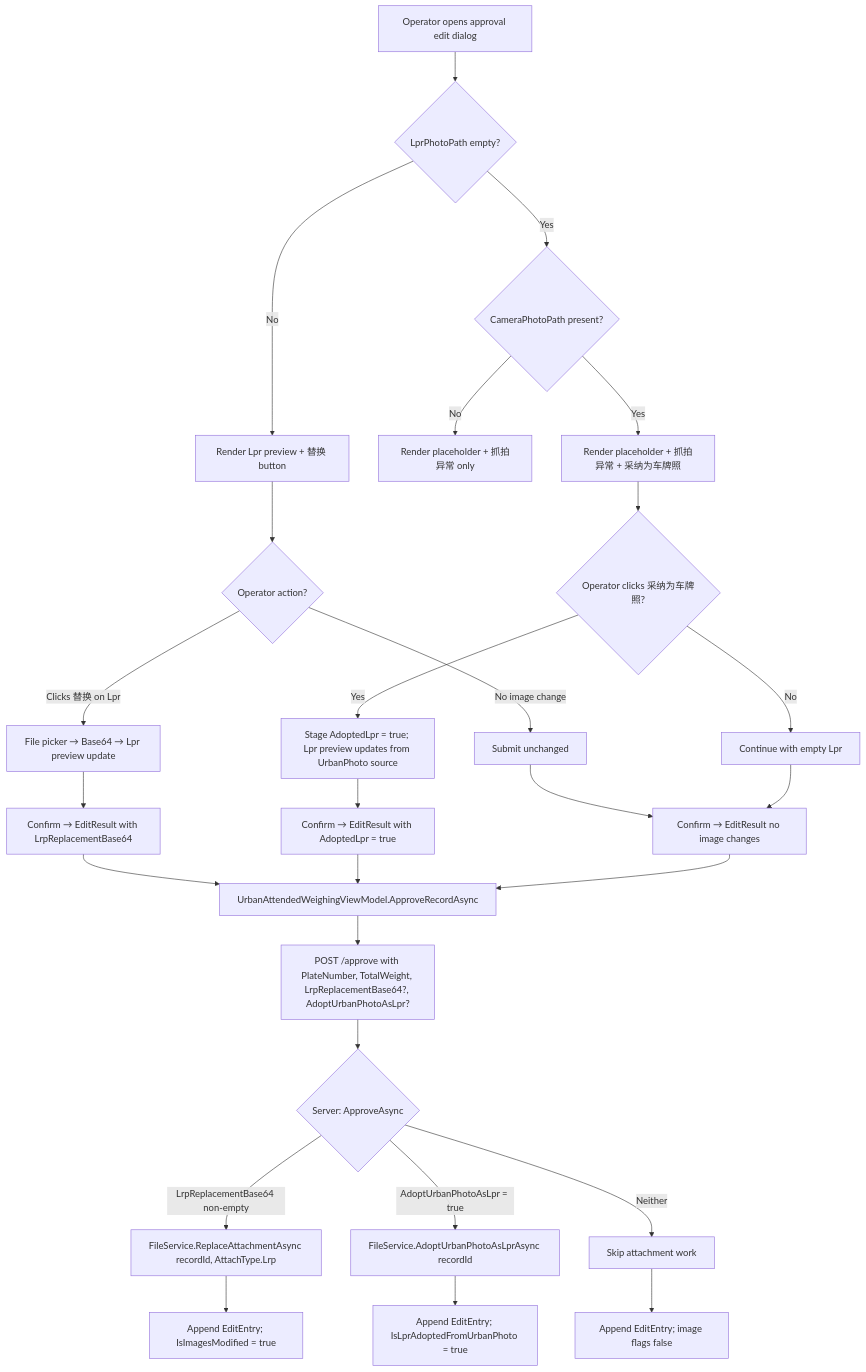
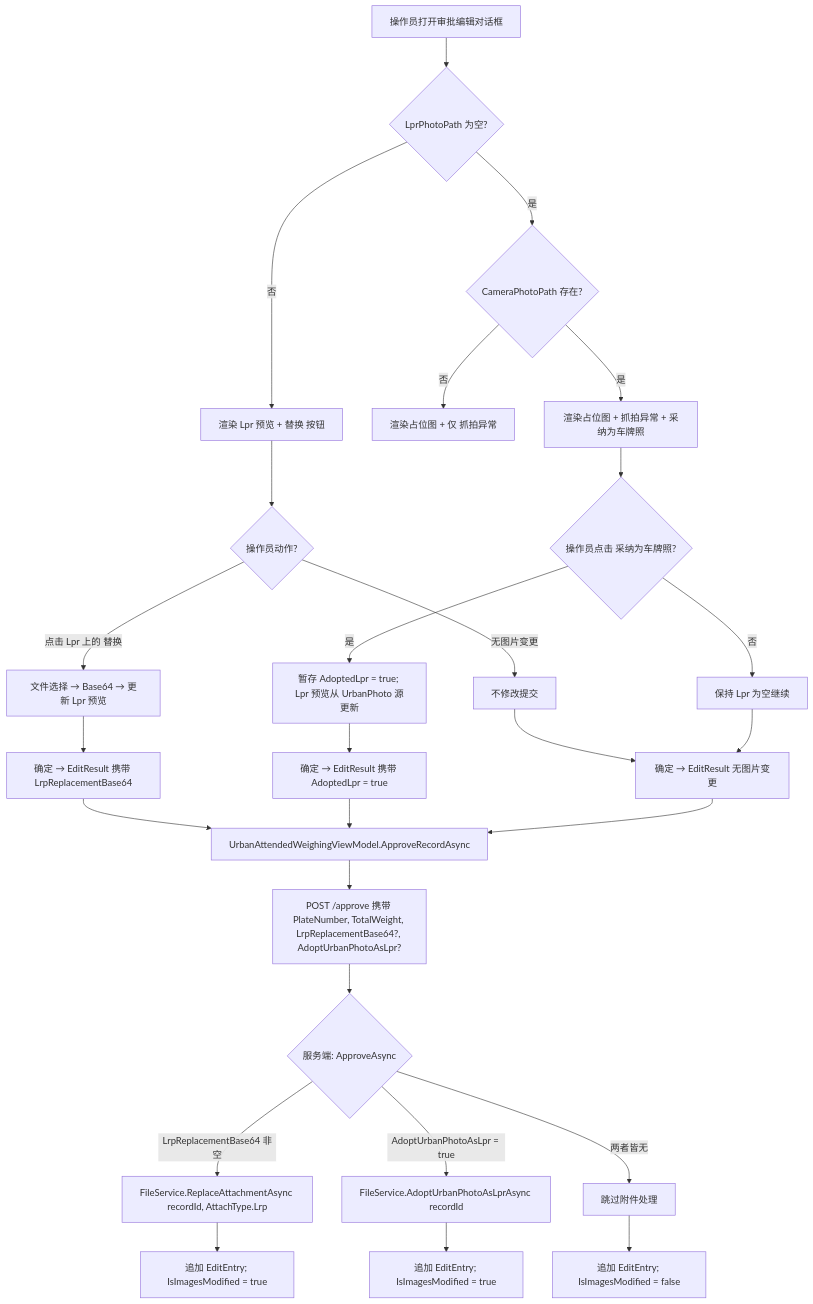
The diagram in openspec/changes/modify-lpr-photo-replacement-rules/proposal.md (feewillowherb/MaterialMonospec), drawn with Mermaid before and after one commit. The commit also changed other lines of this file and 2 other files, not shown here.

First line of the commit message:
docs(openspec): refine modify-lpr-photo-replacement-rules change proposal

````diff
--- a/openspec/changes/modify-lpr-photo-replacement-rules/proposal.md
+++ b/openspec/changes/modify-lpr-photo-replacement-rules/proposal.md
@@ -16,34 +15,34 @@
 ```mermaid
 flowchart TD
-    A[Operator opens approval edit dialog] --> B{LprPhotoPath empty?}
-    B -->|No| C[Render Lpr preview + 替换 button]
-    B -->|Yes| D{CameraPhotoPath present?}
-    D -->|No| E[Render placeholder + 抓拍异常 only]
-    D -->|Yes| F[Render placeholder + 抓拍异常 + 采纳为车牌照]
+    A[操作员打开审批编辑对话框] --> B{LprPhotoPath 为空?}
+    B -->|否| C[渲染 Lpr 预览 + 替换 按钮]
+    B -->|是| D{CameraPhotoPath 存在?}
+    D -->|否| E[渲染占位图 + 仅 抓拍异常]
+    D -->|是| F[渲染占位图 + 抓拍异常 + 采纳为车牌照]
 
-    C --> G{Operator action?}
-    G -->|Clicks 替换 on Lpr| H[File picker → Base64 → Lpr preview update]
-    G -->|No image change| I[Submit unchanged]
+    C --> G{操作员动作?}
+    G -->|点击 Lpr 上的 替换| H[文件选择 → Base64 → 更新 Lpr 预览]
+    G -->|无图片变更| I[不修改提交]
 
-    F --> J{Operator clicks 采纳为车牌照?}
-    J -->|Yes| K[Stage AdoptedLpr = true; Lpr preview updates from UrbanPhoto source]
-    J -->|No| L[Continue with empty Lpr]
+    F --> J{操作员点击 采纳为车牌照?}
+    J -->|是| K[暂存 AdoptedLpr = true; Lpr 预览从 UrbanPhoto 源更新]
+    J -->|否| L[保持 Lpr 为空继续]
 
-    H --> M[Confirm → EditResult with LrpReplacementBase64]
-    K --> N[Confirm → EditResult with AdoptedLpr = true]
-    I --> O[Confirm → EditResult no image changes]
+    H --> M[确定 → EditResult 携带 LrpReplacementBase64]
+    K --> N[确定 → EditResult 携带 AdoptedLpr = true]
+    I --> O[确定 → EditResult 无图片变更]
     L --> O
 
     M --> P[UrbanAttendedWeighingViewModel.ApproveRecordAsync]
     N --> P
     O --> P
 
-    P --> Q[POST /approve with PlateNumber, TotalWeight, LrpReplacementBase64?, AdoptUrbanPhotoAsLpr?]
-    Q --> R{Server: ApproveAsync}
-    R -->|LrpReplacementBase64 non-empty| S[FileService.ReplaceAttachmentAsync recordId, AttachType.Lrp]
+    P --> Q[POST /approve 携带 PlateNumber, TotalWeight, LrpReplacementBase64?, AdoptUrbanPhotoAsLpr?]
+    Q --> R{服务端: ApproveAsync}
+    R -->|LrpReplacementBase64 非空| S[FileService.ReplaceAttachmentAsync recordId, AttachType.Lrp]
     R -->|AdoptUrbanPhotoAsLpr = true| T[FileService.AdoptUrbanPhotoAsLprAsync recordId]
-    R -->|Neither| U[Skip attachment work]
-    S --> V[Append EditEntry; IsImagesModified = true]
-    T --> W[Append EditEntry; IsLprAdoptedFromUrbanPhoto = true]
-    U --> X[Append EditEntry; image flags false]
+    R -->|两者皆无| U[跳过附件处理]
+    S --> V[追加 EditEntry; IsImagesModified = true]
+    T --> W[追加 EditEntry; IsImagesModified = true]
+    U --> X[追加 EditEntry; IsImagesModified = false]
 ```
````
